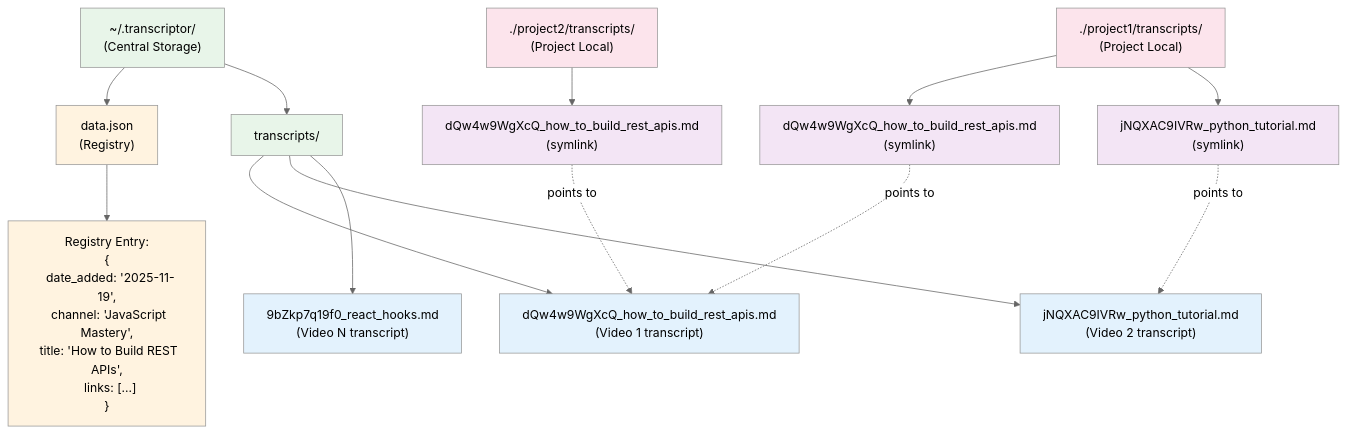
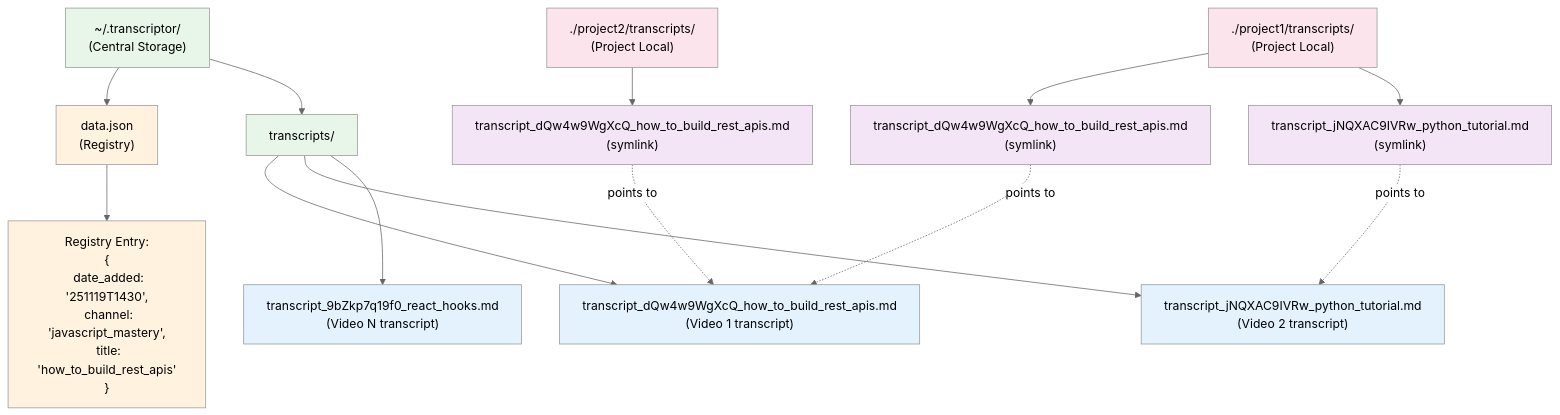
The third of 3 diagrams in docs/ARCHITECTURE.md (michaellinhardt/nodejs-youtube-transcriptor), drawn with Mermaid (neutral theme) before and after one commit. The commit also changed other lines of this file and 15 other files, not shown here.

````diff
--- a/docs/ARCHITECTURE.md
+++ b/docs/ARCHITECTURE.md
@@ -521,33 +506,33 @@
 ```mermaid
 graph TD
     A["~/.transcriptor/<br/>(Central Storage)"] --> B["data.json<br/>(Registry)"]
     A --> C["transcripts/"]
 
-    C --> C1["dQw4w9WgXcQ_how_to_build_rest_apis.md<br/>(Video 1 transcript)"]
-    C --> C2["jNQXAC9IVRw_python_tutorial.md<br/>(Video 2 transcript)"]
-    C --> C3["9bZkp7q19f0_react_hooks.md<br/>(Video N transcript)"]
+    C --> C1["transcript_dQw4w9WgXcQ_how_to_build_rest_apis.md<br/>(Video 1 transcript)"]
+    C --> C2["transcript_jNQXAC9IVRw_python_tutorial.md<br/>(Video 2 transcript)"]
+    C --> C3["transcript_9bZkp7q19f0_react_hooks.md<br/>(Video N transcript)"]
 
-    D["./project1/transcripts/<br/>(Project Local)"] --> D1["dQw4w9WgXcQ_how_to_build_rest_apis.md<br/>(symlink)"]
-    D --> D2["jNQXAC9IVRw_python_tutorial.md<br/>(symlink)"]
+    D["./project1/transcripts/<br/>(Project Local)"] --> D1["transcript_dQw4w9WgXcQ_how_to_build_rest_apis.md<br/>(symlink)"]
+    D --> D2["transcript_jNQXAC9IVRw_python_tutorial.md<br/>(symlink)"]
 
-    E["./project2/transcripts/<br/>(Project Local)"] --> E1["dQw4w9WgXcQ_how_to_build_rest_apis.md<br/>(symlink)"]
+    E["./project2/transcripts/<br/>(Project Local)"] --> E1["transcript_dQw4w9WgXcQ_how_to_build_rest_apis.md<br/>(symlink)"]
 
     D1 -.->|"points to"| C1
     D2 -.->|"points to"| C2
     E1 -.->|"points to"| C1
 
-    B --> F["Registry Entry:<br/>{<br/>  date_added: '2025-11-19',<br/>  channel: 'JavaScript Mastery',<br/>  title: 'How to Build REST APIs',<br/>  links: [...]<br/>}"]
+    B --> F["Registry Entry:<br/>{<br/>  date_added: '251119T1430',<br/>  channel: 'javascript_mastery',<br/>  title: 'how_to_build_rest_apis'<br/>}"]
 
     style A fill:#e8f5e9
     style B fill:#fff3e0
     style C fill:#e8f5e9
     style C1 fill:#e3f2fd
     style C2 fill:#e3f2fd
     style C3 fill:#e3f2fd
     style D fill:#fce4ec
     style E fill:#fce4ec
     style D1 fill:#f3e5f5
     style D2 fill:#f3e5f5
     style E1 fill:#f3e5f5
     style F fill:#fff3e0
 ```
````
